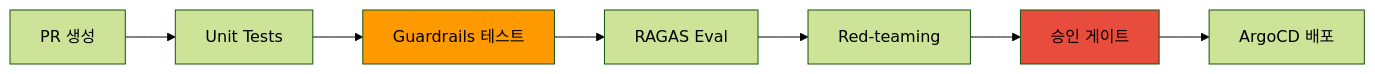
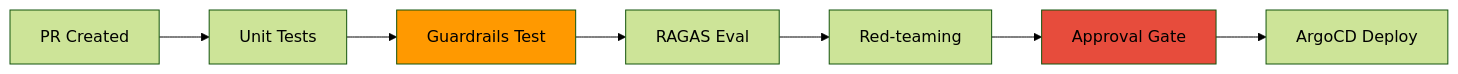
The first of 2 diagrams in docs/agentic-ai-platform/operations-mlops/governance/compliance-framework.md (devfloor9/engineering-playbook), drawn with Mermaid (forest theme) before and after one commit. The commit also changed other lines of this file and 954 other files, not shown here.

````diff
--- a/docs/agentic-ai-platform/operations-mlops/governance/compliance-framework.md
+++ b/docs/agentic-ai-platform/operations-mlops/governance/compliance-framework.md
@@ -121,12 +121,12 @@
 ```mermaid
 graph LR
-    PR[PR 생성] --> UT[Unit Tests]
-    UT --> GT[Guardrails 테스트]
+    PR[PR Created] --> UT[Unit Tests]
+    UT --> GT[Guardrails Test]
     GT --> RE[RAGAS Eval]
     RE --> RT[Red-teaming]
-    RT --> AG[승인 게이트]
-    AG --> Deploy[ArgoCD 배포]
+    RT --> AG[Approval Gate]
+    AG --> Deploy[ArgoCD Deploy]
     
     style GT fill:#ff9900
     style AG fill:#e74c3c
 ```
````
